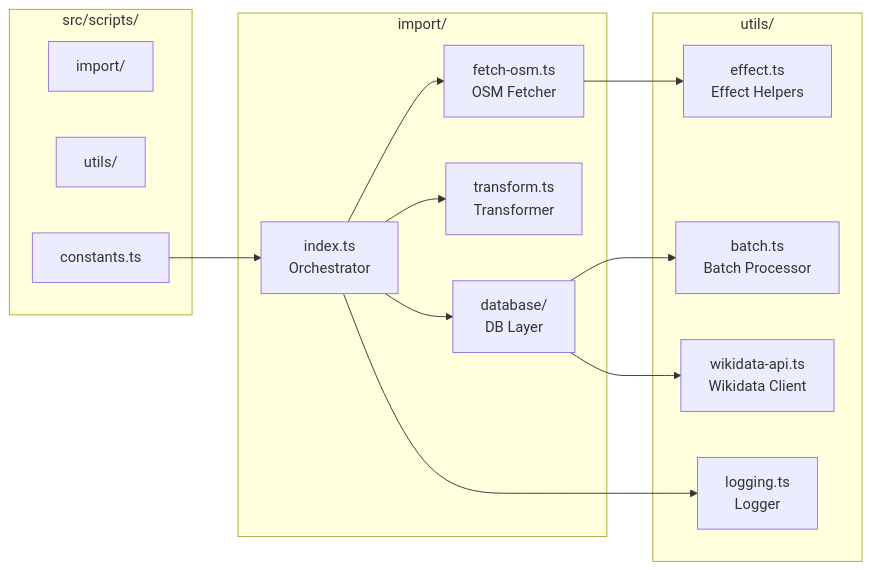
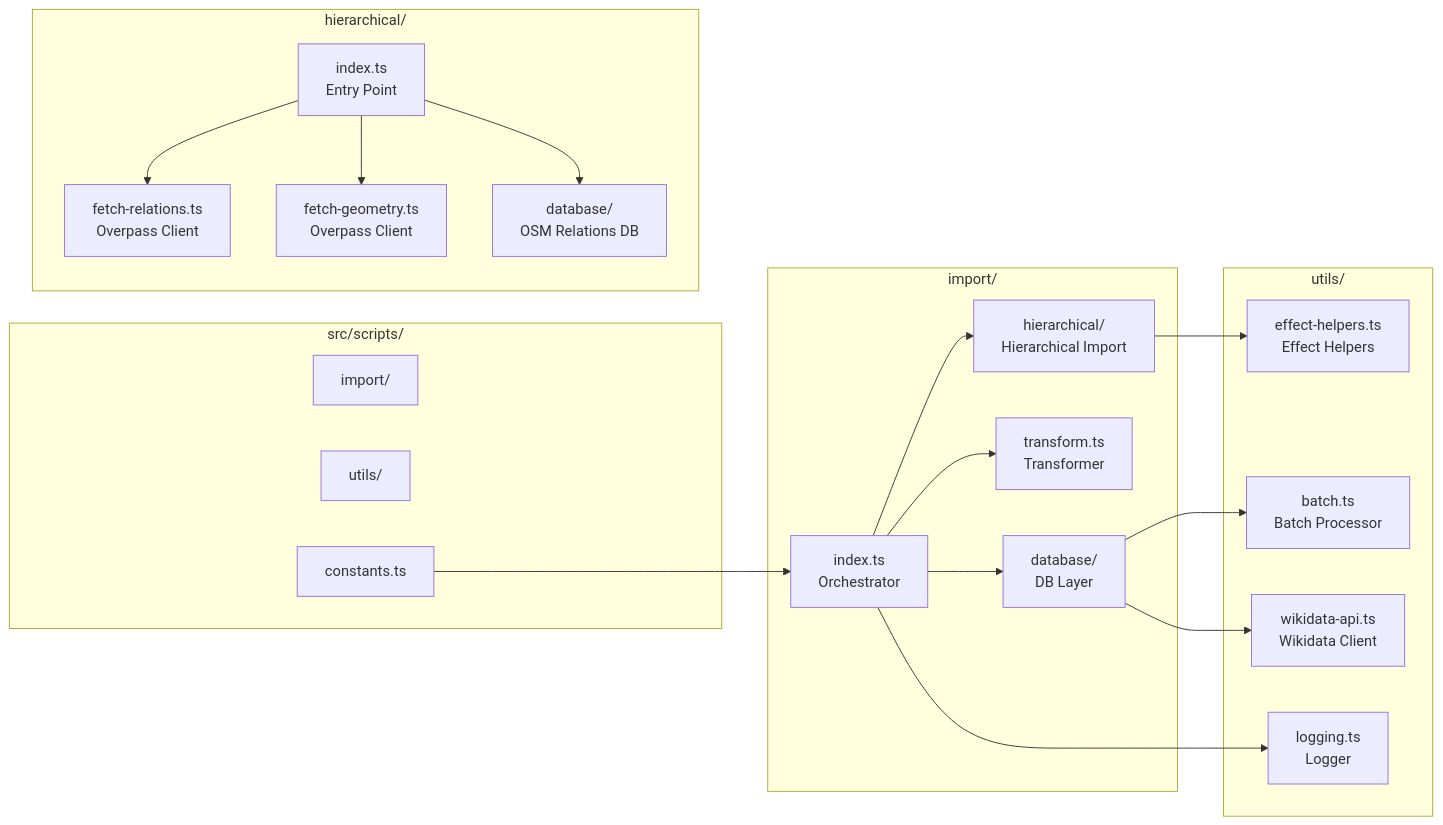
Before and after one commit to DaxServer/geocode-commons-categories: the third of 9 diagrams in docs/import/architecture.md, drawn with Mermaid. The commit also changed other lines of this file and 12 other files, not shown here.

````diff
--- a/docs/import/architecture.md
+++ b/docs/import/architecture.md
@@ -119,32 +120,42 @@
 ```mermaid
 graph LR
     subgraph "src/scripts/"
         IMPORT[import/]
         UTILS[utils/]
         CONST[constants.ts]
     end
 
     subgraph "import/"
         INDEX[index.ts<br/>Orchestrator]
-        FETCH[fetch-osm.ts<br/>OSM Fetcher]
+        HIER[hierarchical/<br/>Hierarchical Import]
         TRANSFORM[transform.ts<br/>Transformer]
         DB_DIR[database/<br/>DB Layer]
     end
 
+    subgraph "hierarchical/"
+        H_INDEX[index.ts<br/>Entry Point]
+        FETCH_REL[fetch-relations.ts<br/>Overpass Client]
+        FETCH_GEOM[fetch-geometry.ts<br/>Overpass Client]
+        H_DB[database/<br/>OSM Relations DB]
+    end
+
     subgraph "utils/"
-        EFFECT[effect.ts<br/>Effect Helpers]
+        EFFECT[effect-helpers.ts<br/>Effect Helpers]
         BATCH[batch.ts<br/>Batch Processor]
         WD_API[wikidata-api.ts<br/>Wikidata Client]
         LOG[logging.ts<br/>Logger]
     end
 
     CONST --> INDEX
-    INDEX --> FETCH
+    INDEX --> HIER
     INDEX --> TRANSFORM
     INDEX --> DB_DIR
-    FETCH --> EFFECT
+    HIER --> EFFECT
     DB_DIR --> WD_API
     DB_DIR --> BATCH
     INDEX --> LOG
 
+    H_INDEX --> FETCH_REL
+    H_INDEX --> FETCH_GEOM
+    H_INDEX --> H_DB
 ```
````
